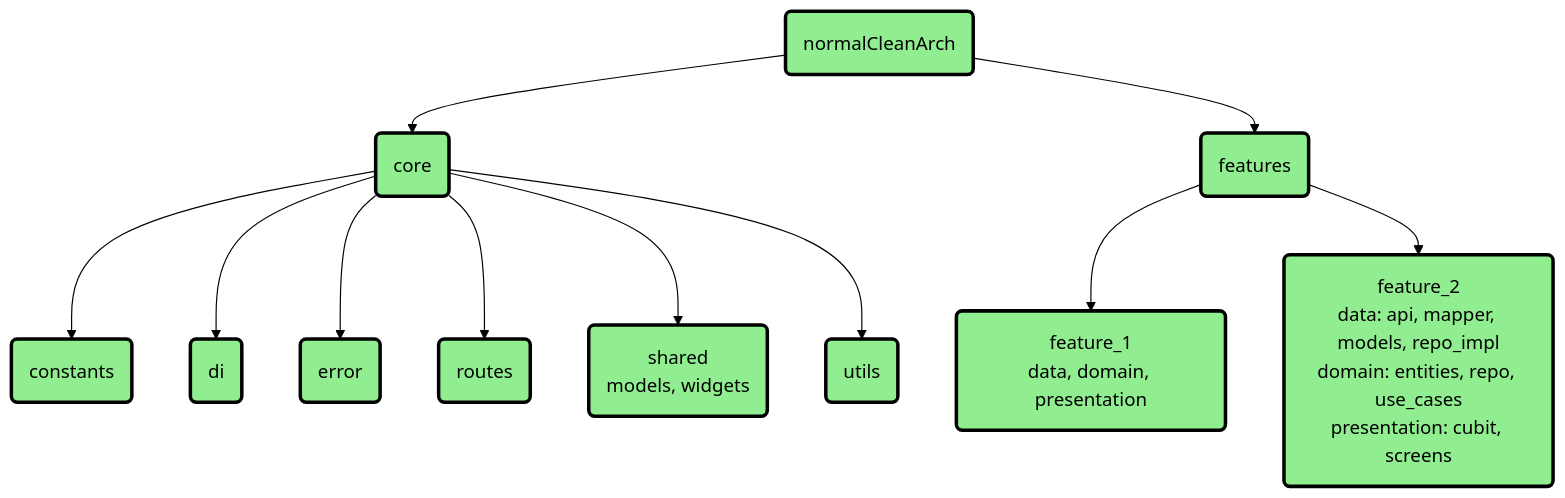
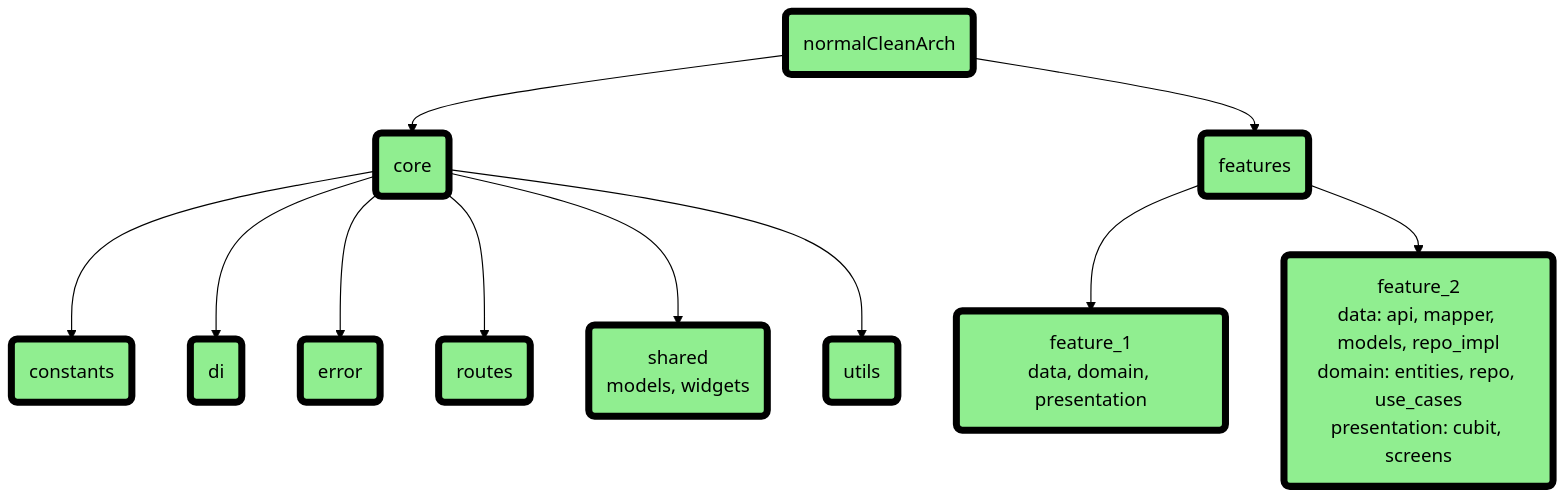
One commit to Mahm0udbakir/clean_arch changed the diagram in README.md. Above: the diagram before and after it, drawn with Mermaid (forest theme).

Commit message:
Update stroke widths in README.md architecture diagram for improved visual distinction between core, features, and library components.

````diff
--- a/README.md
+++ b/README.md
@@ -5,22 +5,22 @@
 ```mermaid
 graph TD
     A(normalCleanArch) --> B(core)
     A --> C(features)
 
     B --> B1(constants)
     B --> B2(di)
     B --> B3(error)
     B --> B4(routes)
     B --> B5("shared<br/>models, widgets")
     B --> B6(utils)
 
     C --> C1("feature_1<br/>data, domain, presentation")
     C --> C2("feature_2<br/>data: api, mapper, models, repo_impl<br/>domain: entities, repo, use_cases<br/>presentation: cubit, screens")
 
-    classDef core fill:#90EE90,stroke:#000000,stroke-width:3px,color:#000000;
-    classDef features fill:#90EE90,stroke:#000000,stroke-width:3px,color:#000000;
-    classDef lib fill:#90EE90,stroke:#000000,stroke-width:3px,color:#000000;
+    classDef core fill:#90EE90,stroke:#000000,stroke-width:6px,color:#000000;
+    classDef features fill:#90EE90,stroke:#000000,stroke-width:6px,color:#000000;
+    classDef lib fill:#90EE90,stroke:#000000,stroke-width:6px,color:#000000;
     class A,B,B1,B2,B3,B4,B5,B6 core;
     class C,C1,C2 features;
     class D,D1 lib;
 ```
````
